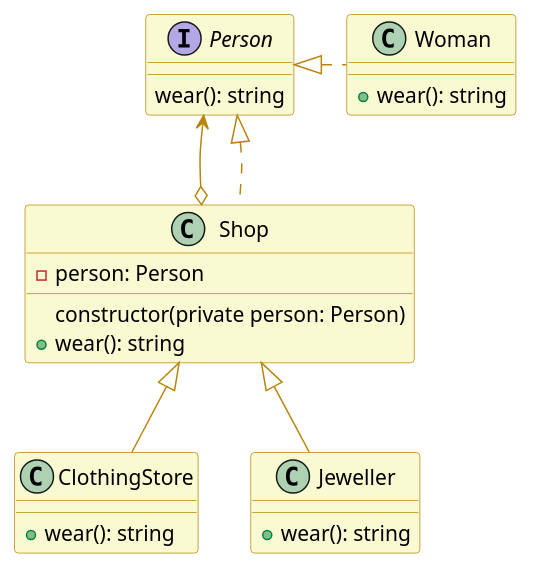
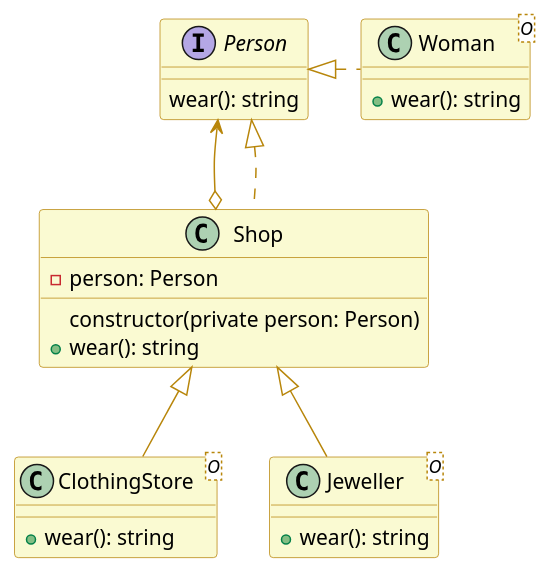
The diagram in src/app/structural/decorator/decorator.puml (plkpiotr/design-patterns), drawn with PlantUML before and after one commit. The commit also changed 21 other files, not shown here.

```diff
--- a/src/app/structural/decorator/decorator.puml
+++ b/src/app/structural/decorator/decorator.puml
@@ -1,38 +1,38 @@
 @startuml
 
 skinparam class {
   backgroundColor lightgoldenrodyellow
   arrowColor darkgoldenrod
   borderColor darkgoldenrod
 }
 
 interface Person {
   wear(): string
 }
 
-class Woman {
+class Woman <O> {
   + wear(): string
 }
 
 class Shop {
   - person: Person
   constructor(private person: Person)
   + wear(): string
 }
 
-class ClothingStore {
+class ClothingStore <O> {
   + wear(): string
 }
 
-class Jeweller {
+class Jeweller <O> {
   + wear(): string
 }
 
 Person <|. Woman
 Person <--o Shop
 Person <|.. Shop
 
 Shop <|-- ClothingStore
 Shop <|-- Jeweller
 
 @enduml
```
